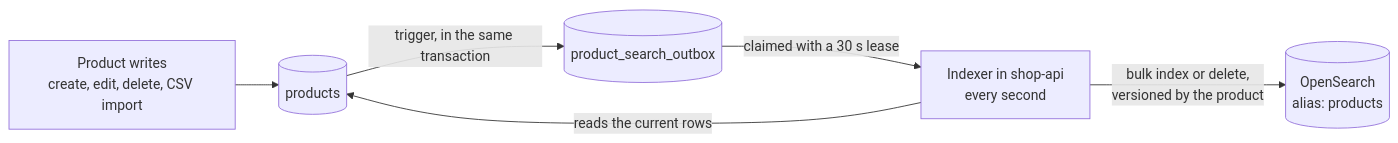
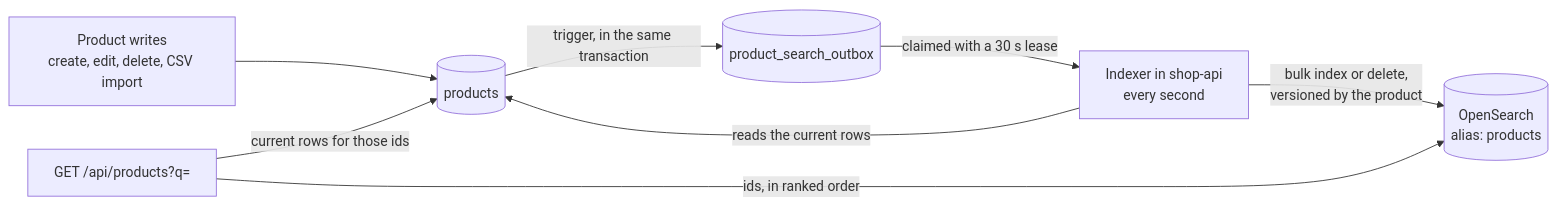
One commit to chaarlie/shopping-app changed the diagram in docs/product-search.md. Above: the diagram before and after it, drawn with Mermaid. The commit also changed other lines of this file and 17 other files, not shown here.

First line of the commit message:
feat: search products by name, SKU and description

````diff
--- a/docs/product-search.md
+++ b/docs/product-search.md
@@ -7,8 +30,10 @@
 ```mermaid
 flowchart LR
     writes["Product writes<br/>create, edit, delete, CSV import"] --> products[("products")]
     products -->|"trigger, in the same transaction"| outbox[("product_search_outbox")]
     outbox -->|"claimed with a 30 s lease"| indexer["Indexer in shop-api<br/>every second"]
     indexer -->|"reads the current rows"| products
     indexer -->|"bulk index or delete,<br/>versioned by the product"| opensearch[("OpenSearch<br/>alias: products")]
+    search["GET /api/products?q="] -->|"ids, in ranked order"| opensearch
+    search -->|"current rows for those ids"| products
 ```
````
